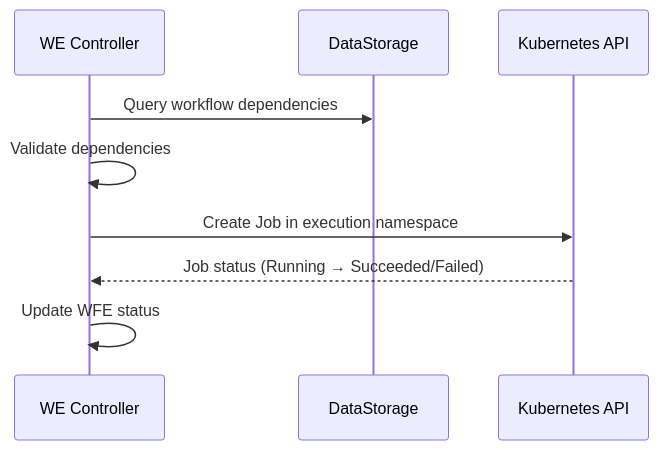
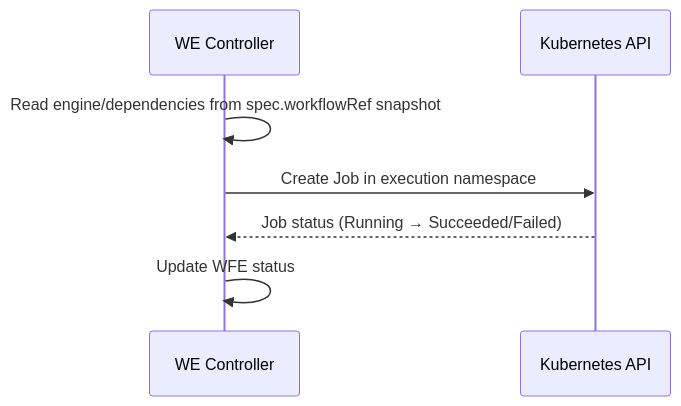
One commit to jordigilh/kubernaut-docs changed the second of 4 diagrams in docs/architecture/workflow-execution.md. Above: the diagram before and after it, drawn with Mermaid. The commit also changed other lines of this file, not shown here.

First line of the commit message:
docs(architecture): fix workflow-execution.md stale DataStorage catalog lookups

````diff
--- a/docs/architecture/workflow-execution.md
+++ b/docs/architecture/workflow-execution.md
@@ -142,12 +139,10 @@
 ```mermaid
 sequenceDiagram
     participant WE as WE Controller
-    participant DS as DataStorage
     participant K8s as Kubernetes API
 
-    WE->>DS: Query workflow dependencies
-    WE->>WE: Validate dependencies
+    WE->>WE: Read engine/dependencies from spec.workflowRef snapshot
     WE->>K8s: Create Job in execution namespace
     K8s-->>WE: Job status (Running → Succeeded/Failed)
     WE->>WE: Update WFE status
 ```
````
